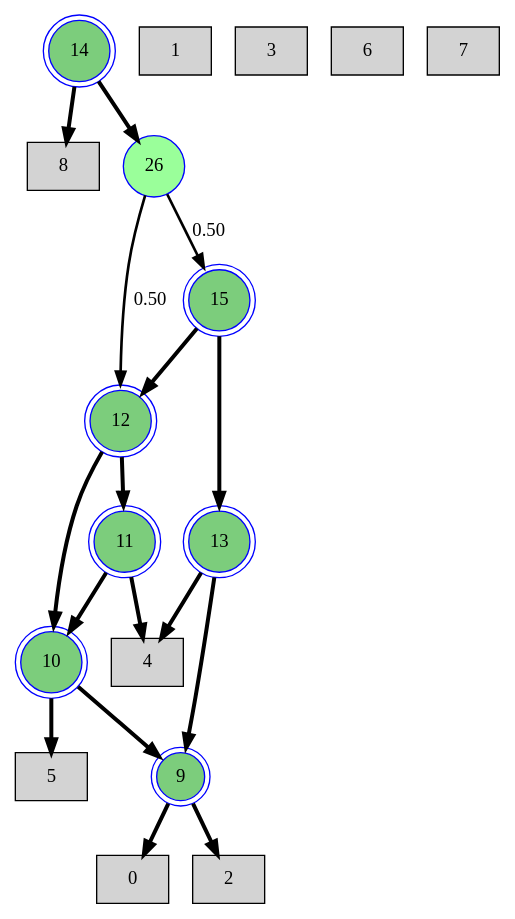
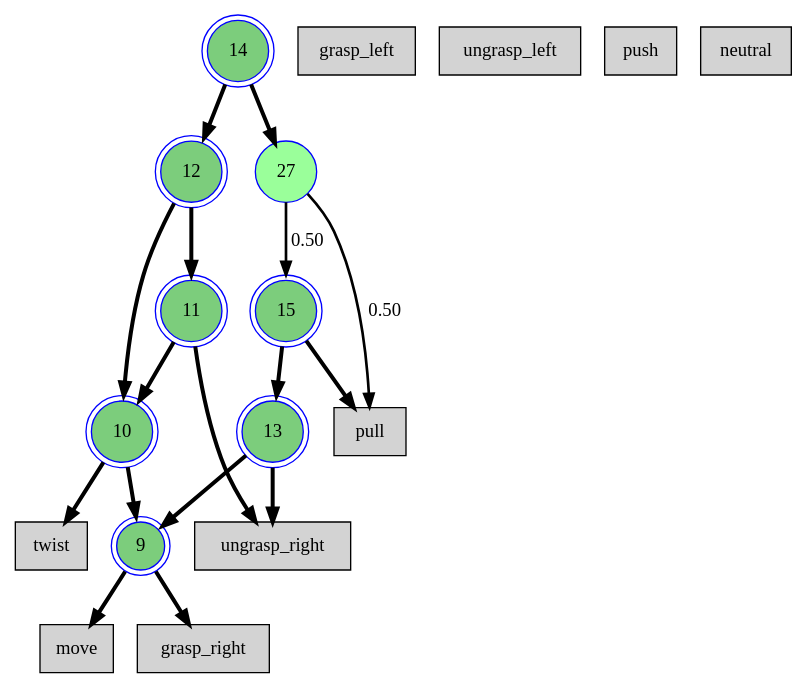
One commit to xiaozhuchacha/OpenBottle changed the diagram in grammar_induction/grammar_viz/grammar.dot. Above: the diagram before and after it, drawn with Graphviz. The commit also changed 5 other files, not shown here.

```diff
--- a/grammar_induction/grammar_viz/grammar.dot
+++ b/grammar_induction/grammar_viz/grammar.dot
@@ -1,35 +1,35 @@
 digraph G {
-0 [shape=box, fillcolor=lightgrey, style=filled, ranksep=0.5, nodesep=0.5]
-1 [shape=box, fillcolor=lightgrey, style=filled, ranksep=0.5, nodesep=0.5]
-2 [shape=box, fillcolor=lightgrey, style=filled, ranksep=0.5, nodesep=0.5]
-3 [shape=box, fillcolor=lightgrey, style=filled, ranksep=0.5, nodesep=0.5]
-4 [shape=box, fillcolor=lightgrey, style=filled, ranksep=0.5, nodesep=0.5]
-5 [shape=box, fillcolor=lightgrey, style=filled, ranksep=0.5, nodesep=0.5]
-6 [shape=box, fillcolor=lightgrey, style=filled, ranksep=0.5, nodesep=0.5]
-7 [shape=box, fillcolor=lightgrey, style=filled, ranksep=0.5, nodesep=0.5]
-8 [shape=box, fillcolor=lightgrey, style=filled, ranksep=0.5, nodesep=0.5]
+move [shape=box, fillcolor=lightgrey, style=filled, ranksep=0.5, nodesep=0.5]
+grasp_left [shape=box, fillcolor=lightgrey, style=filled, ranksep=0.5, nodesep=0.5]
+grasp_right [shape=box, fillcolor=lightgrey, style=filled, ranksep=0.5, nodesep=0.5]
+ungrasp_left [shape=box, fillcolor=lightgrey, style=filled, ranksep=0.5, nodesep=0.5]
+ungrasp_right [shape=box, fillcolor=lightgrey, style=filled, ranksep=0.5, nodesep=0.5]
+twist [shape=box, fillcolor=lightgrey, style=filled, ranksep=0.5, nodesep=0.5]
+push [shape=box, fillcolor=lightgrey, style=filled, ranksep=0.5, nodesep=0.5]
+neutral [shape=box, fillcolor=lightgrey, style=filled, ranksep=0.5, nodesep=0.5]
+pull [shape=box, fillcolor=lightgrey, style=filled, ranksep=0.5, nodesep=0.5]
 9 [shape=doublecircle, fillcolor=palegreen3, style=filled, color=blue, ranksep=0.5, nodesep=0.5]
-9 -> 0 [penwidth=3, weight=3]
-9 -> 2 [penwidth=3, weight=3]
+9 -> move [penwidth=3, weight=3]
+9 -> grasp_right [penwidth=3, weight=3]
 10 [shape=doublecircle, fillcolor=palegreen3, style=filled, color=blue, ranksep=0.5, nodesep=0.5]
 10 -> 9 [penwidth=3, weight=3]
-10 -> 5 [penwidth=3, weight=3]
+10 -> twist [penwidth=3, weight=3]
 11 [shape=doublecircle, fillcolor=palegreen3, style=filled, color=blue, ranksep=0.5, nodesep=0.5]
-11 -> 4 [penwidth=3, weight=3]
+11 -> ungrasp_right [penwidth=3, weight=3]
 11 -> 10 [penwidth=3, weight=3]
 12 [shape=doublecircle, fillcolor=palegreen3, style=filled, color=blue, ranksep=0.5, nodesep=0.5]
 12 -> 10 [penwidth=3, weight=3]
 12 -> 11 [penwidth=3, weight=3]
 13 [shape=doublecircle, fillcolor=palegreen3, style=filled, color=blue, ranksep=0.5, nodesep=0.5]
-13 -> 4 [penwidth=3, weight=3]
+13 -> ungrasp_right [penwidth=3, weight=3]
 13 -> 9 [penwidth=3, weight=3]
 14 [shape=doublecircle, fillcolor=palegreen3, style=filled, color=blue, ranksep=0.5, nodesep=0.5]
-14 -> 26 [penwidth=3, weight=3]
-14 -> 8 [penwidth=3, weight=3]
+14 -> 12 [penwidth=3, weight=3]
+14 -> 27 [penwidth=3, weight=3]
 15 [shape=doublecircle, fillcolor=palegreen3, style=filled, color=blue, ranksep=0.5, nodesep=0.5]
-15 -> 12 [penwidth=3, weight=3]
 15 -> 13 [penwidth=3, weight=3]
-26 [shape=circle, fillcolor=palegreen1, style=filled, color=blue, ranksep=0.5, nodesep=0.5]
-26 -> 12[label = "0.50", penwidth=2.0, weight=3 ]
-26 -> 15[label = "0.50", penwidth=2.0, weight=3 ]
+15 -> pull [penwidth=3, weight=3]
+27 [shape=circle, fillcolor=palegreen1, style=filled, color=blue, ranksep=0.5, nodesep=0.5]
+27 -> pull [label = "0.50", penwidth=2.0, weight=3 ]
+27 -> 15 [label = "0.50", penwidth=2.0, weight=3 ]
 }
```
